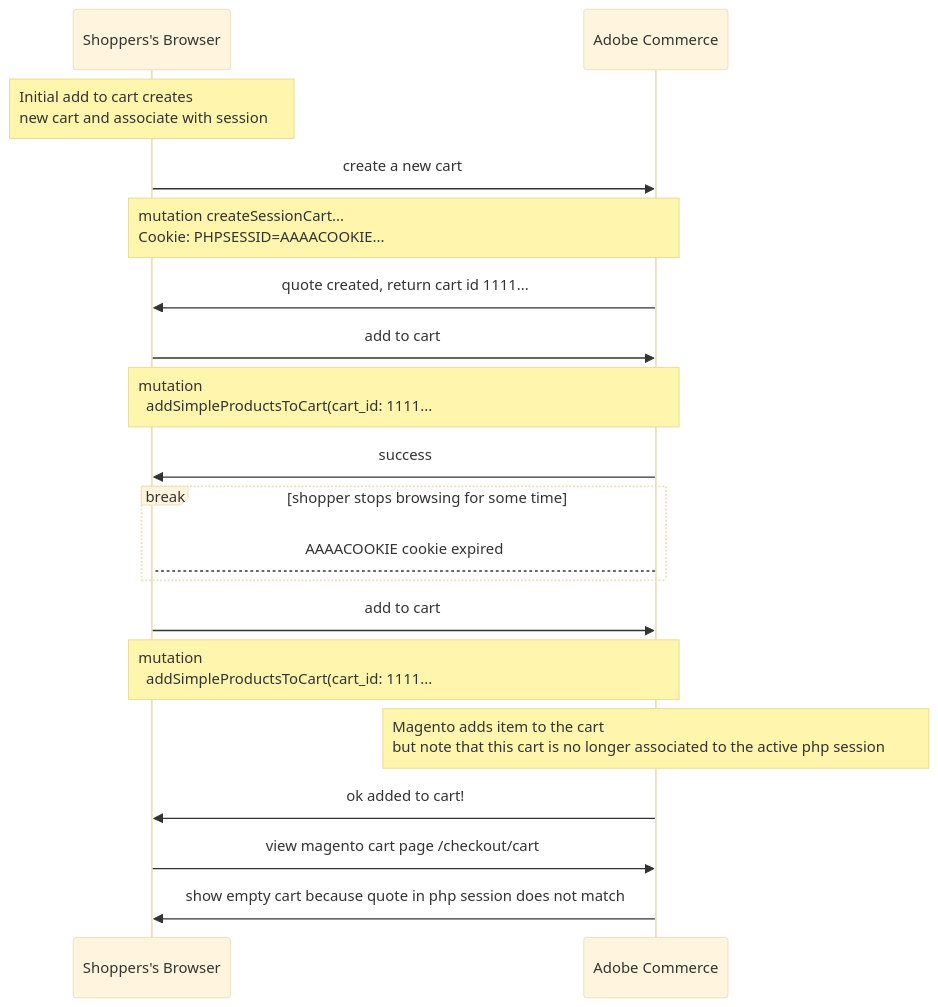
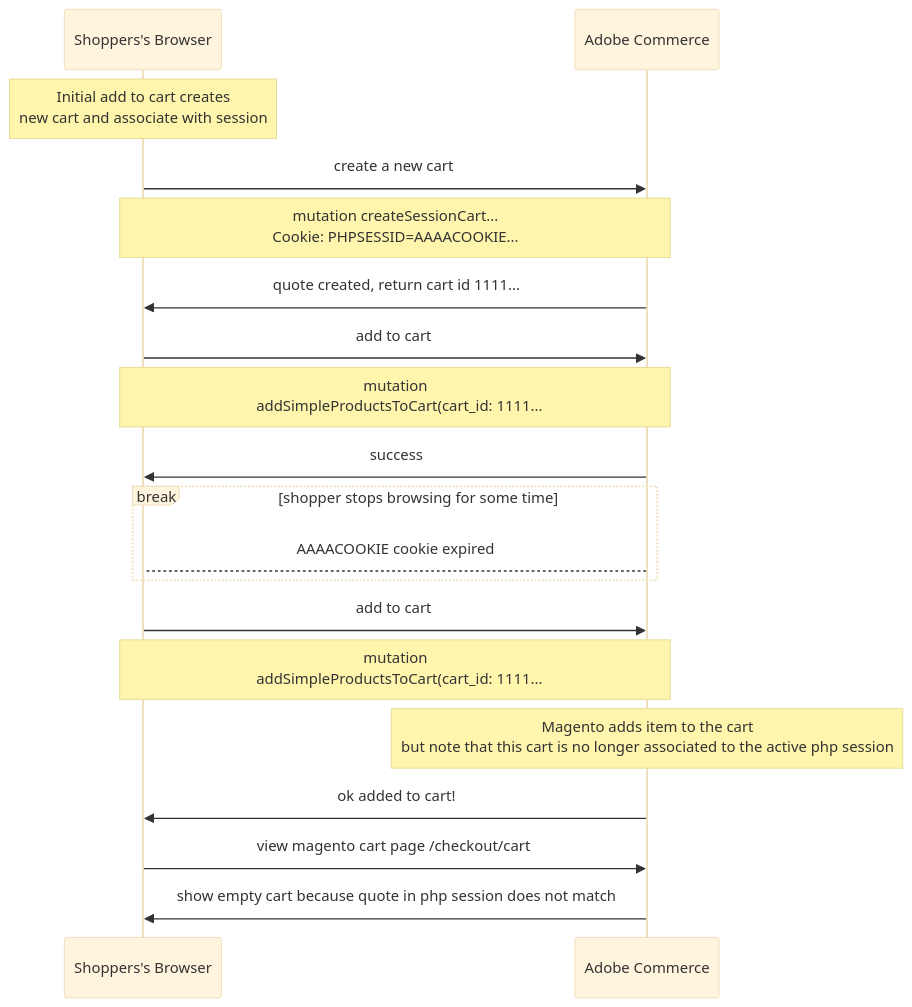
One commit to AtamaCo/Atama_Share changed the diagram in session_state_errors.md. Above: the diagram before and after it, drawn with Mermaid (base theme).

Commit message:
remove mermaid styling and config syntax

````diff
--- a/session_state_errors.md
+++ b/session_state_errors.md
@@ -19,30 +19,21 @@
 ```mermaid
-%%{
-  init: {
-    "sequence": {      
-      "noteFontWeight": "bolder",
-      "noteAlign": "left",
-      "messageAlign": "center"
-    }
-  }
-}%% 
 sequenceDiagram
     participant B as Shoppers's Browser
     participant M as Adobe Commerce
     note over B: Initial add to cart creates <br>new cart and associate with session
     B->>M: create a new cart 
     note over B, M: mutation createSessionCart...<br>Cookie: PHPSESSID=AAAACOOKIE...
     M->>B: quote created, return cart id 1111...
     B->>M: add to cart
     note over B, M: mutation <br>#nbsp;#nbsp;addSimpleProductsToCart(cart_id: 1111...
     M->>B: success
     break shopper stops browsing for some time
         M-->B: AAAACOOKIE cookie expired
     end
     B->>M: add to cart
     note over B, M: mutation <br>#nbsp;#nbsp;addSimpleProductsToCart(cart_id: 1111...
     note over M: Magento adds item to the cart<br>but note that this cart is no longer associated to the active php session
     M->>B: ok added to cart!
     B->>M: view magento cart page /checkout/cart
     M->>B: show empty cart because quote in php session does not match
 ```
````
